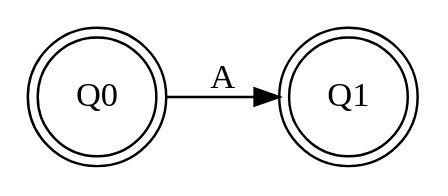
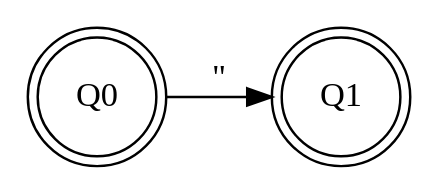
Before and after one commit to Danval-003/LexicalAnalyzer-LL1-SRL-Scanner: the diagram in backend/src/yalex/YalexMachine.dot, drawn with Graphviz. The commit also changed 8 other files, not shown here.

```diff
--- a/backend/src/yalex/YalexMachine.dot
+++ b/backend/src/yalex/YalexMachine.dot
@@ -1,7 +1,8 @@
 digraph G {
 	rankdir=LR;
-	Q0->Q1[ label=A ];
+	Q0->Q1[ label="\""
+ ];
 	Q0 [ shape=doublecircle ];
 	Q1 [ shape=doublecircle ];
 
 }
```
